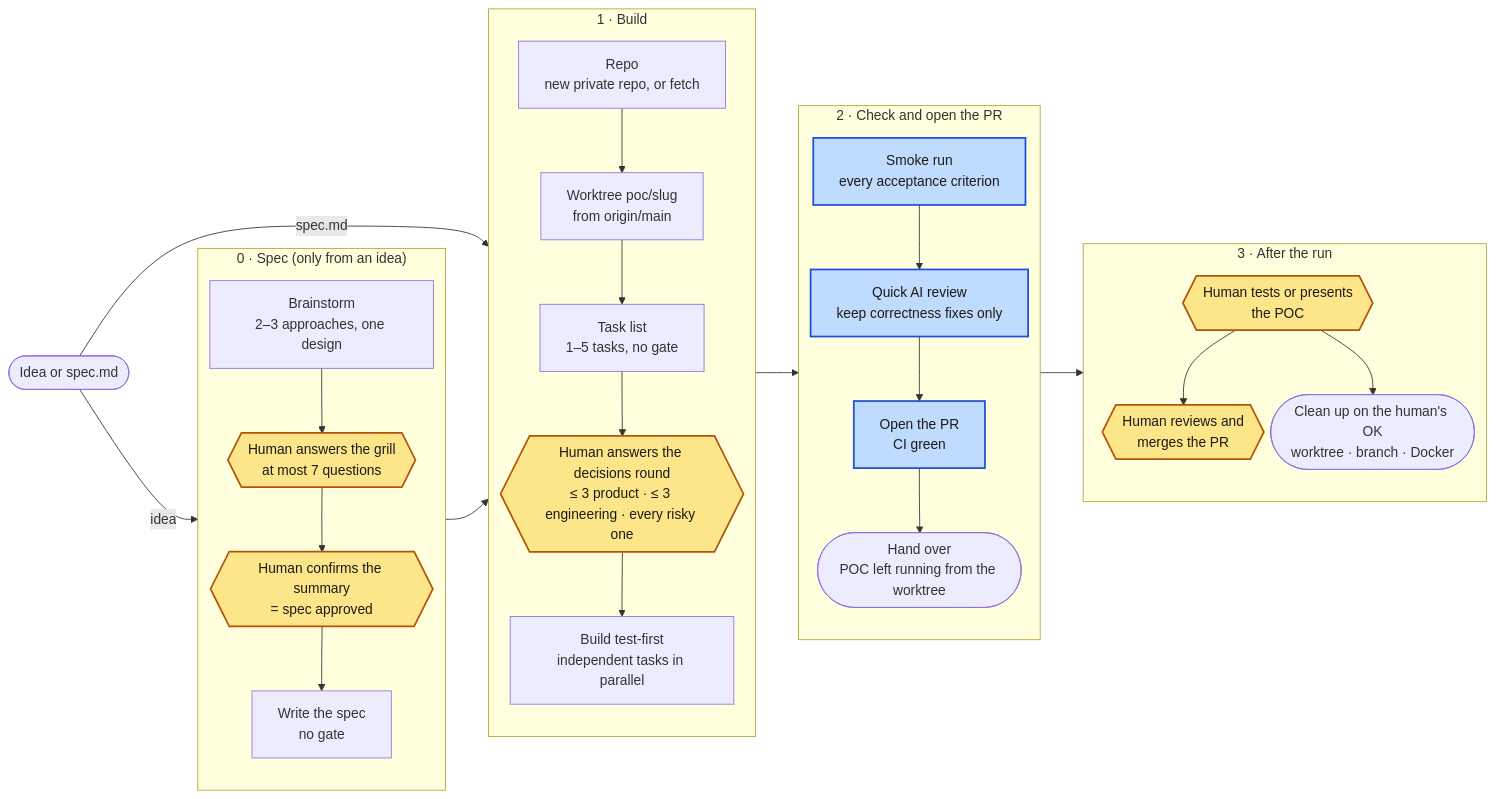
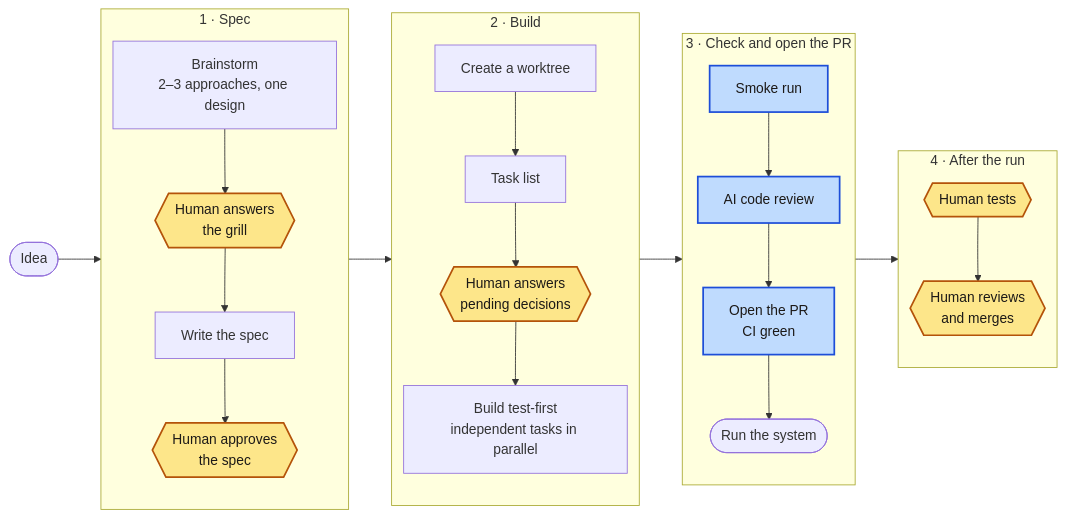
One commit to alymo8/claude-kit changed the diagram in docs/ship-fast.md. Above: the diagram before and after it, drawn with Mermaid. The commit also changed other lines of this file, not shown here.

Commit message:
Docs: simplify the /ship-fast diagram

````diff
--- a/docs/ship-fast.md
+++ b/docs/ship-fast.md
@@ -8,49 +7,44 @@
 ```mermaid
 %%{init: {"flowchart": {"nodeSpacing": 8}}}%%
 flowchart LR
   classDef you fill:#fde68a,stroke:#b45309,stroke-width:2px,color:#1c1917
   classDef gate fill:#bfdbfe,stroke:#1d4ed8,stroke-width:2px,color:#1c1917
 
-  start([Idea or spec.md])
+  idea([Idea])
 
-  subgraph specp["0 · Spec (only from an idea)"]
+  subgraph specp["1 · Spec"]
     direction TB
     design["Brainstorm<br/>2–3 approaches, one design"]
-    grill{{"Human answers the grill<br/>at most 7 questions"}}:::you
-    sok{{"Human confirms the summary<br/>= spec approved"}}:::you
-    write["Write the spec<br/>no gate"]
-    design --> grill --> sok --> write
+    grill{{"Human answers<br/>the grill"}}:::you
+    write["Write the spec"]
+    sok{{"Human approves<br/>the spec"}}:::you
+    design --> grill --> write --> sok
   end
 
-  subgraph build["1 · Build"]
+  subgraph build["2 · Build"]
     direction TB
-    repo["Repo<br/>new private repo, or fetch"]
-    wt["Worktree poc/slug<br/>from origin/main"]
-    tasks["Task list<br/>1–5 tasks, no gate"]
-    dec{{"Human answers the decisions round<br/>≤ 3 product · ≤ 3 engineering · every risky one"}}:::you
+    wt["Create a worktree"]
+    tasks["Task list"]
+    dec{{"Human answers<br/>pending decisions"}}:::you
     impl["Build test-first<br/>independent tasks in parallel"]
-    repo --> wt --> tasks --> dec --> impl
+    wt --> tasks --> dec --> impl
   end
 
-  subgraph check["2 · Check and open the PR"]
+  subgraph check["3 · Check and open the PR"]
     direction TB
-    smoke["Smoke run<br/>every acceptance criterion"]:::gate
-    rev["Quick AI review<br/>keep correctness fixes only"]:::gate
+    smoke["Smoke run"]:::gate
+    rev["AI code review"]:::gate
     pr["Open the PR<br/>CI green"]:::gate
-    hand(["Hand over<br/>POC left running from the worktree"])
-    smoke --> rev --> pr --> hand
+    run(["Run the system"])
+    smoke --> rev --> pr --> run
   end
 
-  subgraph after["3 · After the run"]
+  subgraph after["4 · After the run"]
     direction TB
-    test{{"Human tests or presents<br/>the POC"}}:::you
-    merge{{"Human reviews and<br/>merges the PR"}}:::you
-    clean(["Clean up on the human's OK<br/>worktree · branch · Docker"])
+    test{{"Human tests"}}:::you
+    merge{{"Human reviews<br/>and merges"}}:::you
     test --> merge
-    test --> clean
   end
 
-  start -- idea --> specp
-  start -- spec.md --> build
-  specp --> build --> check --> after
+  idea --> specp --> build --> check --> after
 ```
````
